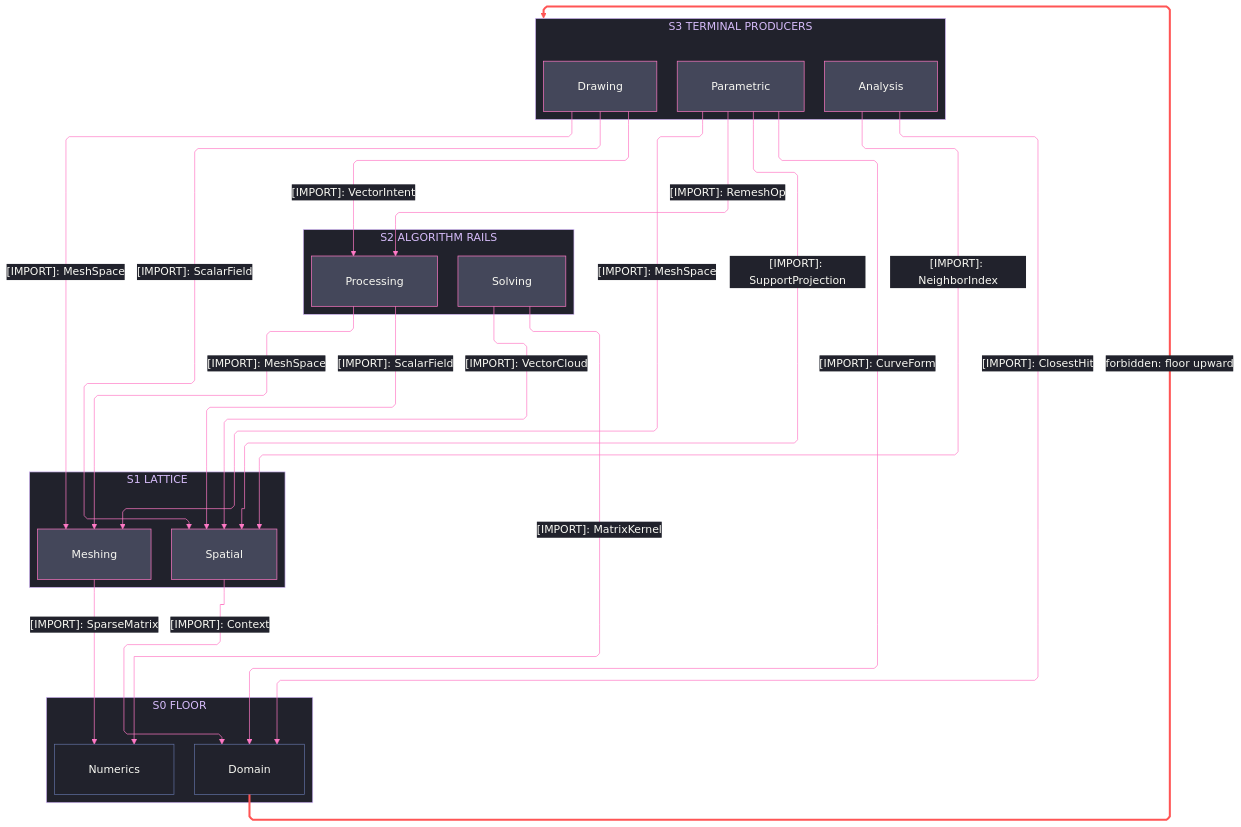
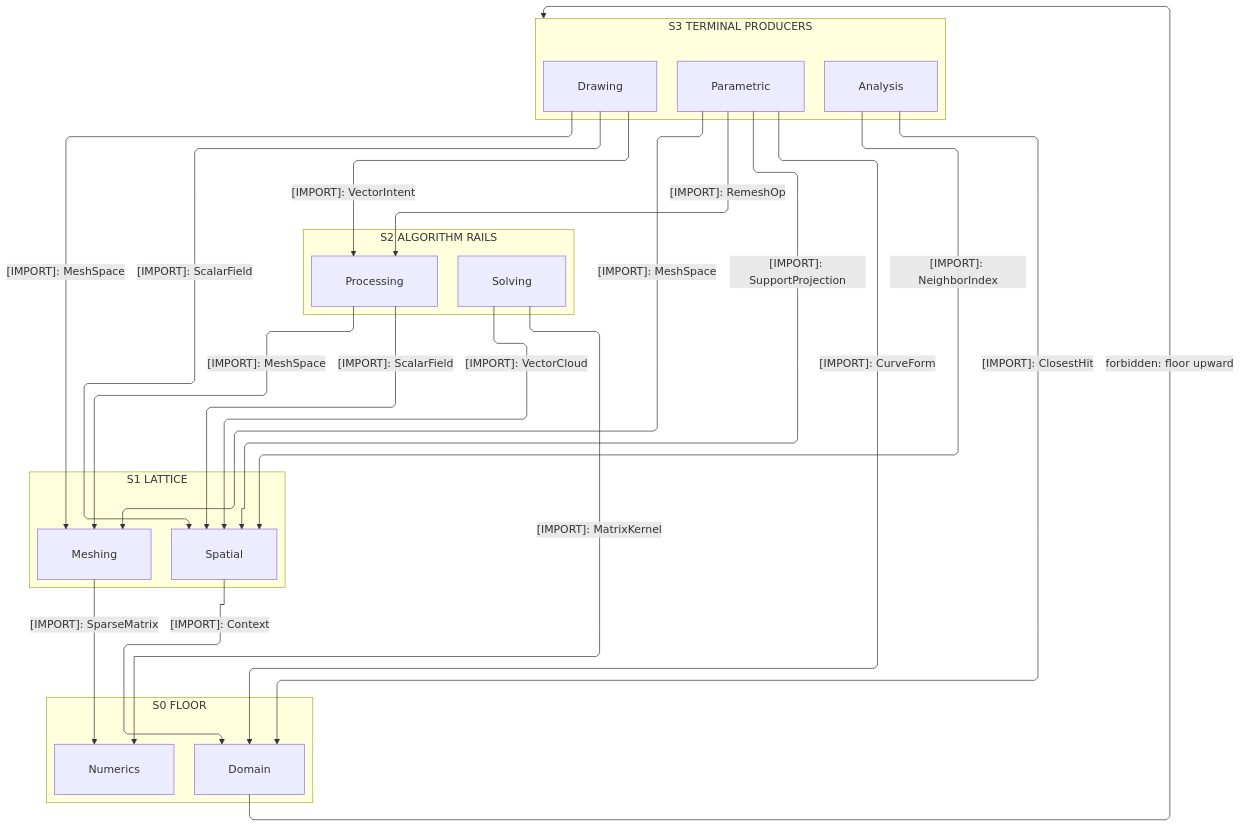
Before and after one commit to bsamiee/Rasm: the first of 4 diagrams in libs/csharp/Rasm/ARCHITECTURE.md, drawn with Mermaid. The commit also changed other lines of this file and 460 other files, not shown here.

````diff
--- a/libs/csharp/Rasm/ARCHITECTURE.md
+++ b/libs/csharp/Rasm/ARCHITECTURE.md
@@ -91,72 +91,45 @@
 ```mermaid
 ---
 config:
-  theme: base
-  look: classic
   layout: elk
   flowchart:
     curve: linear
     padding: 25
-  themeVariables:
-    darkMode: true
-    fontFamily: "SF Mono, Menlo, Cascadia Mono, Segoe UI Mono, Consolas, monospace"
-    useGradient: false
-    dropShadow: "none"
-    background: "#282A36"
-    primaryColor: "#44475A"
-    primaryTextColor: "#F8F8F2"
-    primaryBorderColor: "#BD93F9"
-    lineColor: "#FF79C6"
-    textColor: "#F8F8F2"
-    clusterBkg: "#21222C"
-    clusterBorder: "#D6BCFA"
-    edgeLabelBackground: "#21222C"
-    labelBackgroundColor: "#21222C"
-    titleColor: "#D6BCFA"
-  themeCSS: ".nodeLabel{font-size:13px;font-weight:500}.edgeLabel{font-size:12px;font-weight:500}.cluster-label .nodeLabel{font-size:13.5px;font-weight:700;letter-spacing:.08em}.edge-thickness-normal{stroke-width:2px}.edge-thickness-thick{stroke-width:3px}.edge-pattern-dashed,.edge-pattern-dotted{stroke-width:1.5px;stroke-dasharray:4 6}.node rect,.node circle,.node polygon,.node path,.node .outer-path{stroke-width:1.5px;filter:none!important}.cluster rect{stroke-width:1px!important;stroke-dasharray:5 4!important;filter:none!important}.marker path{transform:scale(.8);transform-origin:5px 5px}.marker circle{transform:scale(.48);transform-origin:5px 5px}.edgeLabel rect{transform-box:fill-box;transform-origin:center;transform:scale(1.1,1.2)}"
 ---
 flowchart TB
     accTitle: Rasm kernel interior strata
-    accDescr: Four stacked strata from the terminal parametric, drawing, and analysis producers through the processing and solving rails onto the spatial-meshing lattice and the domain-numerics floor, every consumption edge downward and solid naming one sourced type, and one forbidden upward edge styled red.
+    accDescr: Four stacked strata from the terminal parametric, drawing, and analysis producers through the processing and solving rails onto the spatial-meshing lattice and the domain-numerics floor, every consumption edge downward and solid naming one sourced type, and one forbidden upward edge marked.
     subgraph L3["S3 TERMINAL PRODUCERS"]
         Analysis[Analysis]
         Parametric[Parametric]
         Drawing[Drawing]
     end
     subgraph L2["S2 ALGORITHM RAILS"]
         Solving[Solving]
         Processing[Processing]
     end
     subgraph L1["S1 LATTICE"]
         Meshing[Meshing]
         Spatial[Spatial]
     end
     subgraph L0["S0 FLOOR"]
         Numerics[Numerics]
         Domain[Domain]
     end
     Parametric e1@-->|"[IMPORT]: RemeshOp"| Processing
     Drawing e2@-->|"[IMPORT]: VectorIntent"| Processing
     Parametric e3@-->|"[IMPORT]: MeshSpace"| Meshing
     Drawing e4@-->|"[IMPORT]: MeshSpace"| Meshing
     Drawing e5@-->|"[IMPORT]: ScalarField"| Spatial
     Parametric e6@-->|"[IMPORT]: SupportProjection"| Spatial
     Analysis e7@-->|"[IMPORT]: NeighborIndex"| Spatial
     Analysis e8@-->|"[IMPORT]: ClosestHit"| Domain
     Parametric e9@-->|"[IMPORT]: CurveForm"| Domain
     Processing e10@-->|"[IMPORT]: MeshSpace"| Meshing
     Processing e11@-->|"[IMPORT]: ScalarField"| Spatial
     Solving e12@-->|"[IMPORT]: MatrixKernel"| Numerics
     Solving e13@-->|"[IMPORT]: VectorCloud"| Spatial
     Meshing e14@-->|"[IMPORT]: SparseMatrix"| Numerics
     Spatial e15@-->|"[IMPORT]: Context"| Domain
     Domain f1@-->|"forbidden: floor upward"| L3
-    classDef primary fill:#44475A,stroke:#FF79C6,color:#F8F8F2
-    classDef recessed fill:#21222C,stroke:#6272A4,color:#F8F8F2
-    classDef edgeControl stroke:#FF79C6,color:#F8F8F2
-    classDef edgeError stroke:#FF5555,stroke-width:3px,color:#F8F8F2
-    class Parametric,Drawing,Analysis,Processing,Solving,Spatial,Meshing primary
-    class Domain,Numerics recessed
-    class e1,e2,e3,e4,e5,e6,e7,e8,e9,e10,e11,e12,e13,e14,e15 edgeControl
-    class f1 edgeError
 ```
````
